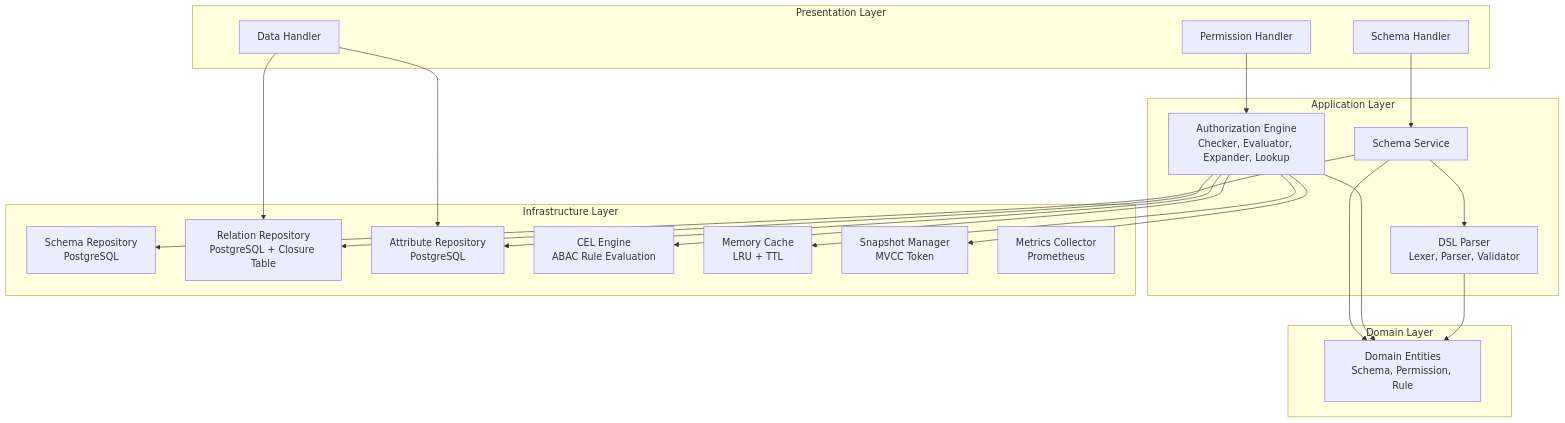
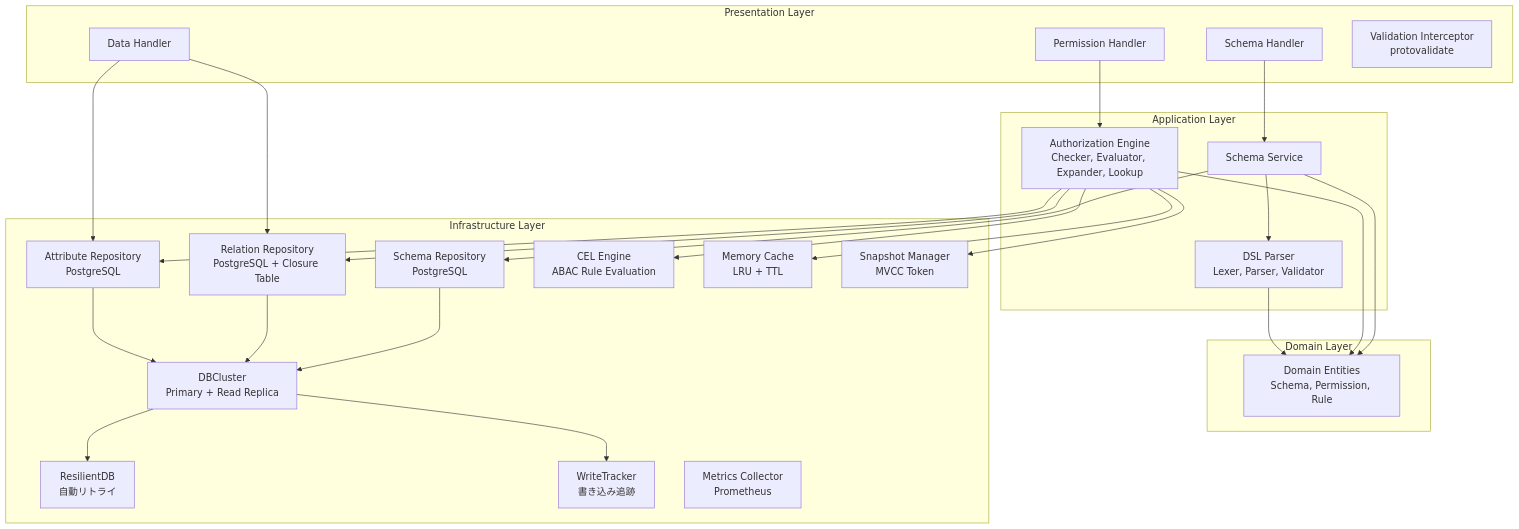
The second of 15 diagrams in docs/ARCHITECTURE.md (asakaida/keruberosu), drawn with Mermaid before and after one commit. The commit also changed other lines of this file and 3 other files, not shown here.

````diff
--- a/docs/ARCHITECTURE.md
+++ b/docs/ARCHITECTURE.md
@@ -96,46 +106,56 @@
 ```mermaid
 graph TB
     subgraph "Presentation Layer"
         PermHandler[Permission Handler]
         DataHandler[Data Handler]
         SchemaHandler[Schema Handler]
+        ValidationInt[Validation Interceptor<br/>protovalidate]
     end
 
     subgraph "Application Layer"
         SchemaService[Schema Service]
         AuthzEngine[Authorization Engine<br/>Checker, Evaluator, Expander, Lookup]
         Parser[DSL Parser<br/>Lexer, Parser, Validator]
     end
 
     subgraph "Domain Layer"
         Entities[Domain Entities<br/>Schema, Permission, Rule]
     end
 
     subgraph "Infrastructure Layer"
+        DBCluster[DBCluster<br/>Primary + Read Replica]
+        ResilientDB[ResilientDB<br/>自動リトライ]
+        WriteTracker[WriteTracker<br/>書き込み追跡]
         SchemaRepo[Schema Repository<br/>PostgreSQL]
         RelationRepo[Relation Repository<br/>PostgreSQL + Closure Table]
         AttributeRepo[Attribute Repository<br/>PostgreSQL]
         CELEngine[CEL Engine<br/>ABAC Rule Evaluation]
         MemoryCache[Memory Cache<br/>LRU + TTL]
         SnapshotMgr[Snapshot Manager<br/>MVCC Token]
         Metrics[Metrics Collector<br/>Prometheus]
     end
 
     PermHandler --> AuthzEngine
     DataHandler --> RelationRepo
     DataHandler --> AttributeRepo
     SchemaHandler --> SchemaService
 
     SchemaService --> Parser
     SchemaService --> SchemaRepo
     SchemaService --> Entities
 
     AuthzEngine --> MemoryCache
     AuthzEngine --> SnapshotMgr
     AuthzEngine --> RelationRepo
     AuthzEngine --> AttributeRepo
     AuthzEngine --> CELEngine
     AuthzEngine --> Entities
 
     Parser --> Entities
+
+    DBCluster --> ResilientDB
+    DBCluster --> WriteTracker
+    SchemaRepo --> DBCluster
+    RelationRepo --> DBCluster
+    AttributeRepo --> DBCluster
 ```
````
